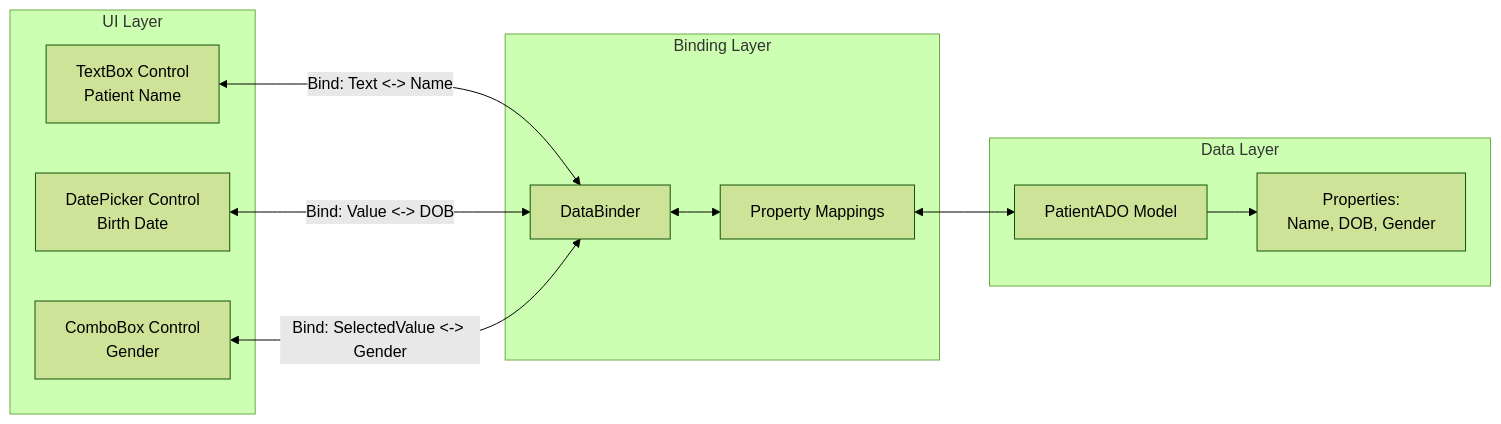
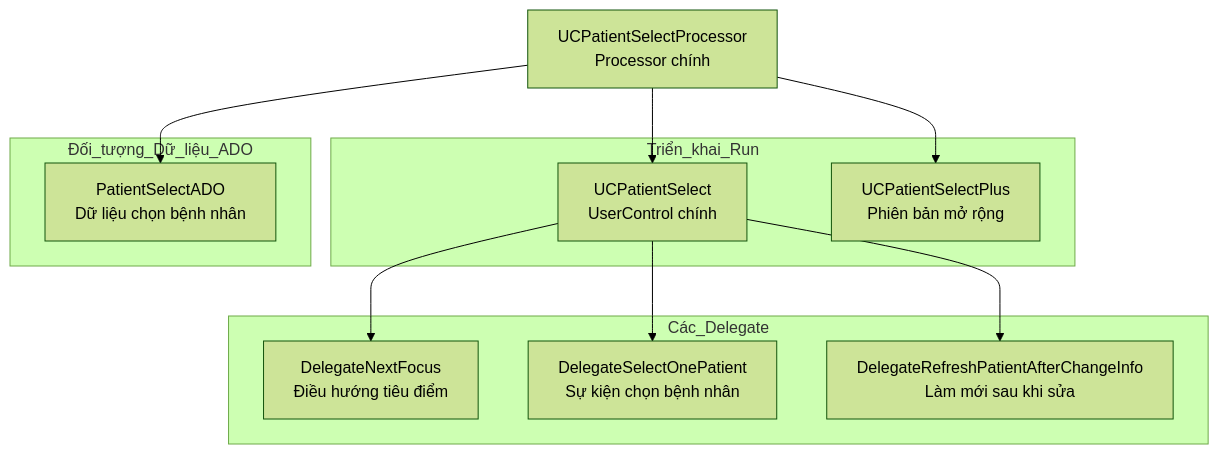
One commit to thangpnb/HIS changed the second of 20 diagrams in docs/his-ba-documentation/02-modules/uc-controls/form-type-controls.md. Above: the diagram before and after it, drawn with Mermaid (forest theme). The commit also changed other lines of this file and 30 other files, not shown here.

Commit message:
Refactor architecture docs and update translations

````diff
--- a/docs/his-ba-documentation/02-modules/uc-controls/form-type-controls.md
+++ b/docs/his-ba-documentation/02-modules/uc-controls/form-type-controls.md
@@ -191,26 +965,27 @@
 ```mermaid
-graph LR
-    subgraph "UI Layer"
-        TextBox["TextBox Control<br/>Patient Name"]
-        DatePicker["DatePicker Control<br/>Birth Date"]
-        ComboBox["ComboBox Control<br/>Gender"]
+graph TB
+    Processor["UCPatientSelectProcessor<br/>Processor chính"]
+    
+    subgraph "Triển_khai_Run"
+        UCPatientSelect["UCPatientSelect<br/>UserControl chính"]
+        UCPatientSelectPlus["UCPatientSelectPlus<br/>Phiên bản mở rộng"]
     end
     
-    subgraph "Binding Layer"
-        Binder["DataBinder"]
-        PropertyMap["Property Mappings"]
+    subgraph "Đối_tượng_Dữ_liệu_ADO"
+        PatientSelectADO["PatientSelectADO<br/>Dữ liệu chọn bệnh nhân"]
     end
     
-    subgraph "Data Layer"
-        ADO["PatientADO Model"]
-        Props["Properties:<br/>Name, DOB, Gender"]
+    subgraph "Các_Delegate"
+        DelegateNextFocus["DelegateNextFocus<br/>Điều hướng tiêu điểm"]
+        DelegateSelectOnePatient["DelegateSelectOnePatient<br/>Sự kiện chọn bệnh nhân"]
+        DelegateRefreshPatientAfterChangeInfo["DelegateRefreshPatientAfterChangeInfo<br/>Làm mới sau khi sửa"]
     end
     
-    TextBox <-->|"Bind: Text <-> Name"| Binder
-    DatePicker <-->|"Bind: Value <-> DOB"| Binder
-    ComboBox <-->|"Bind: SelectedValue <-> Gender"| Binder
+    Processor --> UCPatientSelect
+    Processor --> UCPatientSelectPlus
+    Processor --> PatientSelectADO
     
-    Binder <--> PropertyMap
-    PropertyMap <--> ADO
-    ADO --> Props
+    UCPatientSelect --> DelegateNextFocus
+    UCPatientSelect --> DelegateSelectOnePatient
+    UCPatientSelect --> DelegateRefreshPatientAfterChangeInfo
 ```
````
